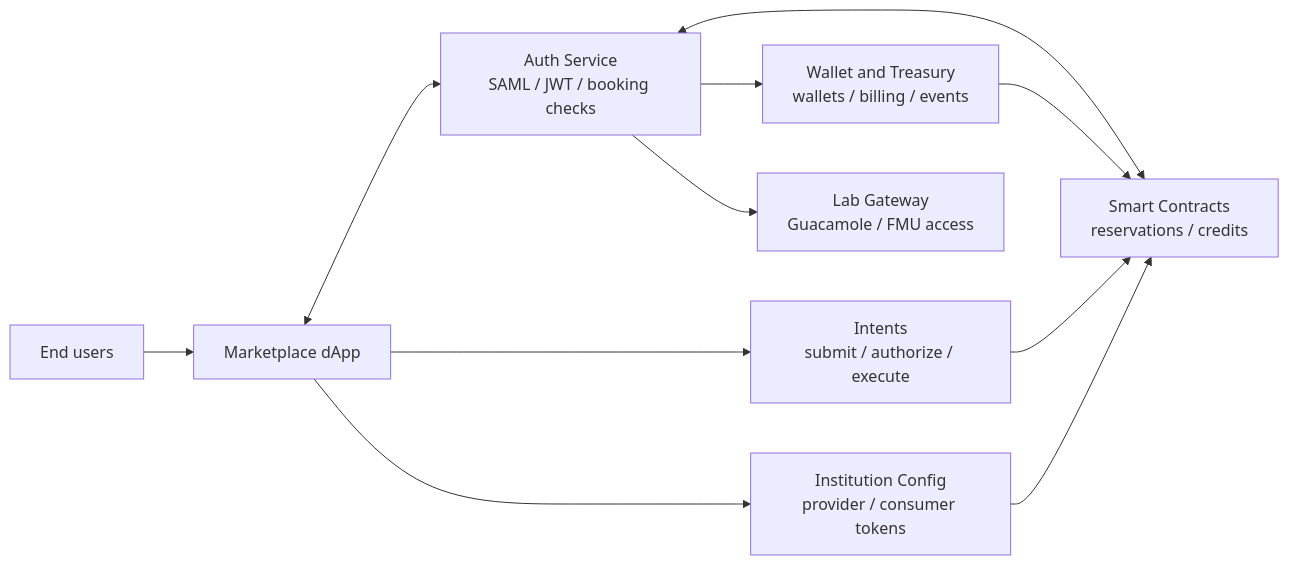
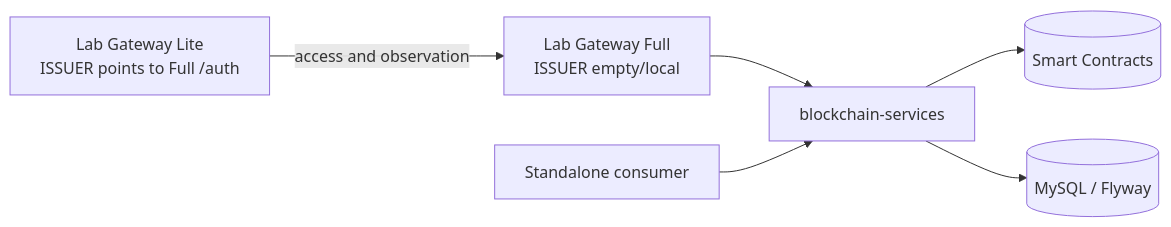
Before and after one commit to DecentraLabsCom/Blockchain-Services: the diagram in README.md, drawn with Mermaid. The commit also changed other lines of this file and 17 other files, not shown here.

````diff
--- a/README.md
+++ b/README.md
@@ -73,14 +36,8 @@
 ```mermaid
 flowchart LR
-    Users["End users"] --> Marketplace["Marketplace dApp"]
-    Marketplace <--> Auth["Auth Service<br/>SAML / JWT / booking checks"]
-    Auth <--> Contracts["Smart Contracts<br/>reservations / credits"]
-
-    Auth --> Wallet["Wallet and Treasury<br/>wallets / billing / events"]
-    Wallet --> Contracts
-    Marketplace --> Intents["Intents<br/>submit / authorize / execute"]
-    Intents --> Contracts
-    Marketplace --> Config["Institution Config<br/>provider / consumer tokens"]
-    Config --> Contracts
-    Auth --> Gateway["Lab Gateway<br/>Guacamole / FMU access"]
+    Full["Lab Gateway Full<br/>ISSUER empty/local"] --> Backend["blockchain-services"]
+    Lite["Lab Gateway Lite<br/>ISSUER points to Full /auth"] -->|access and observation| Full
+    Standalone["Standalone consumer"] --> Backend
+    Backend --> Contracts[("Smart Contracts")]
+    Backend --> DB[("MySQL / Flyway")]
 ```
````
